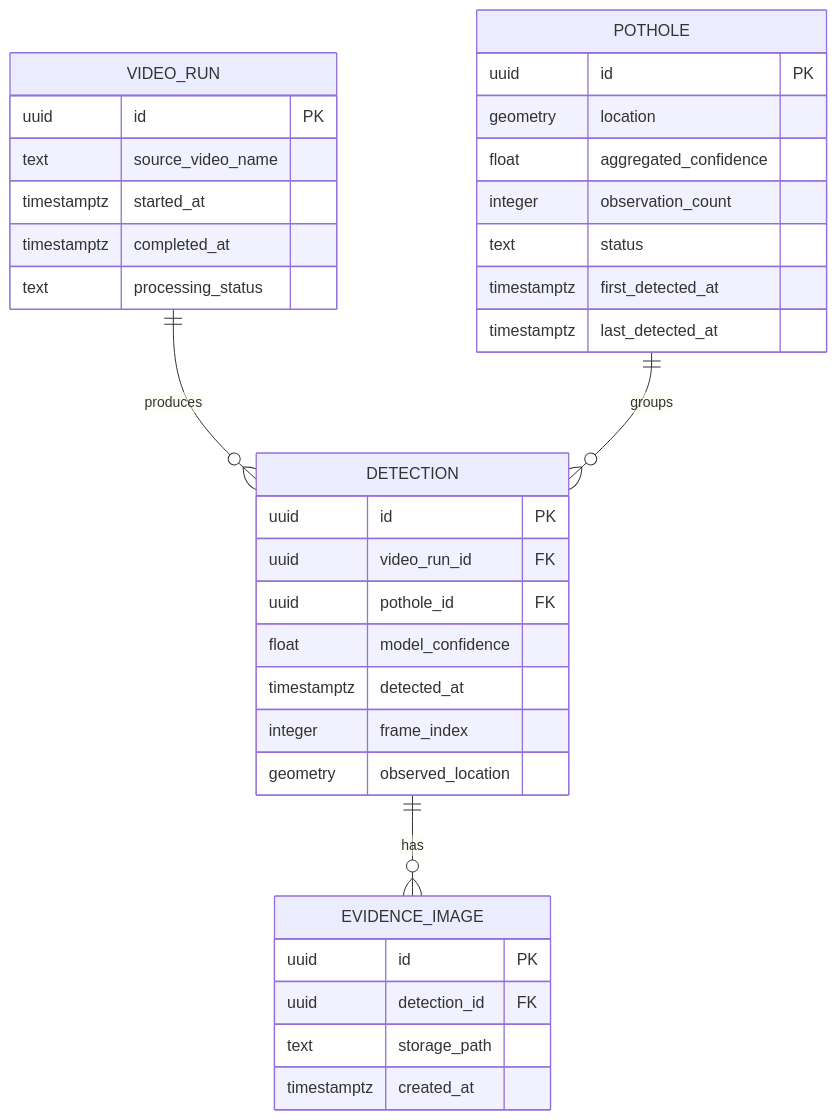
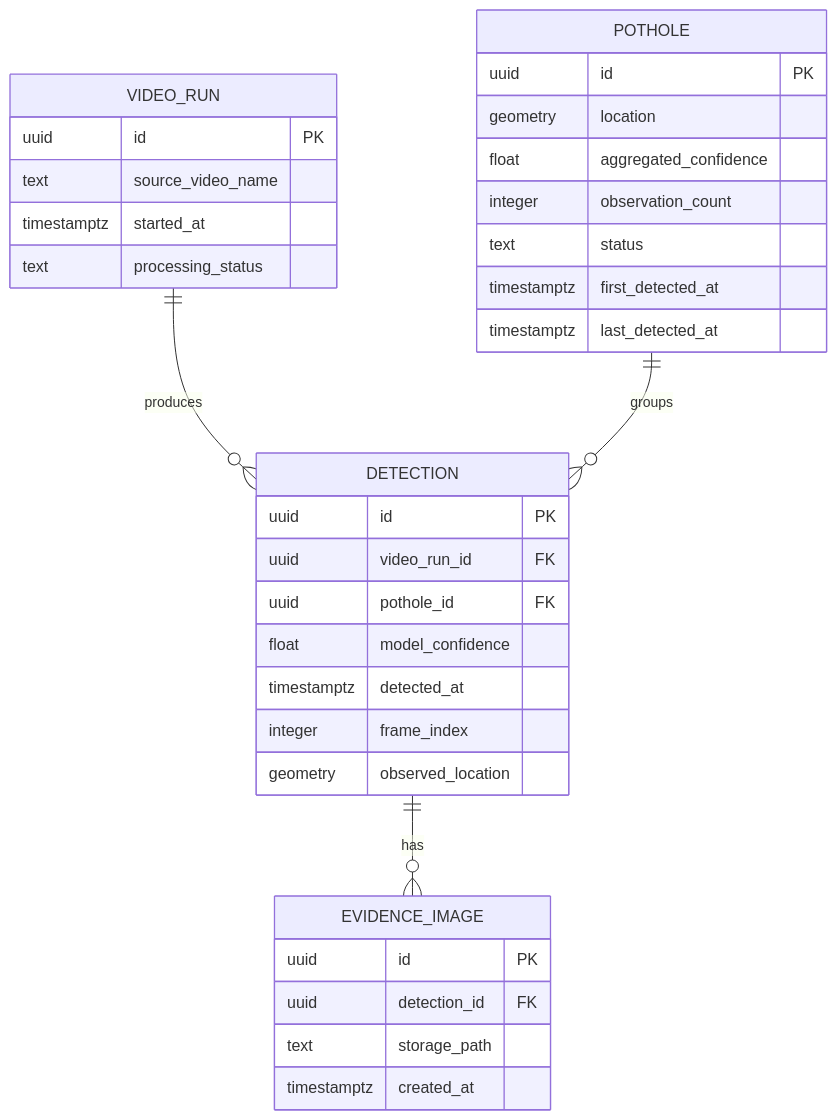
The diagram in SeniorDesign/D1_Detailed_Design.md (Advaitvag/StreetSmart-models), drawn with Mermaid before and after one commit. The commit also changed other lines of this file and 3 other files, not shown here.

````diff
--- a/SeniorDesign/D1_Detailed_Design.md
+++ b/SeniorDesign/D1_Detailed_Design.md
@@ -50,41 +44,40 @@
 ```mermaid
 erDiagram
     VIDEO_RUN ||--o{ DETECTION : produces
     POTHOLE ||--o{ DETECTION : groups
     DETECTION ||--o{ EVIDENCE_IMAGE : has
 
     VIDEO_RUN {
         uuid id PK
         text source_video_name
         timestamptz started_at
-        timestamptz completed_at
         text processing_status
     }
 
     POTHOLE {
         uuid id PK
         geometry location
         float aggregated_confidence
         integer observation_count
         text status
         timestamptz first_detected_at
         timestamptz last_detected_at
     }
 
     DETECTION {
         uuid id PK
         uuid video_run_id FK
         uuid pothole_id FK
         float model_confidence
         timestamptz detected_at
         integer frame_index
         geometry observed_location
     }
 
     EVIDENCE_IMAGE {
         uuid id PK
         uuid detection_id FK
         text storage_path
         timestamptz created_at
     }
 ```
````
